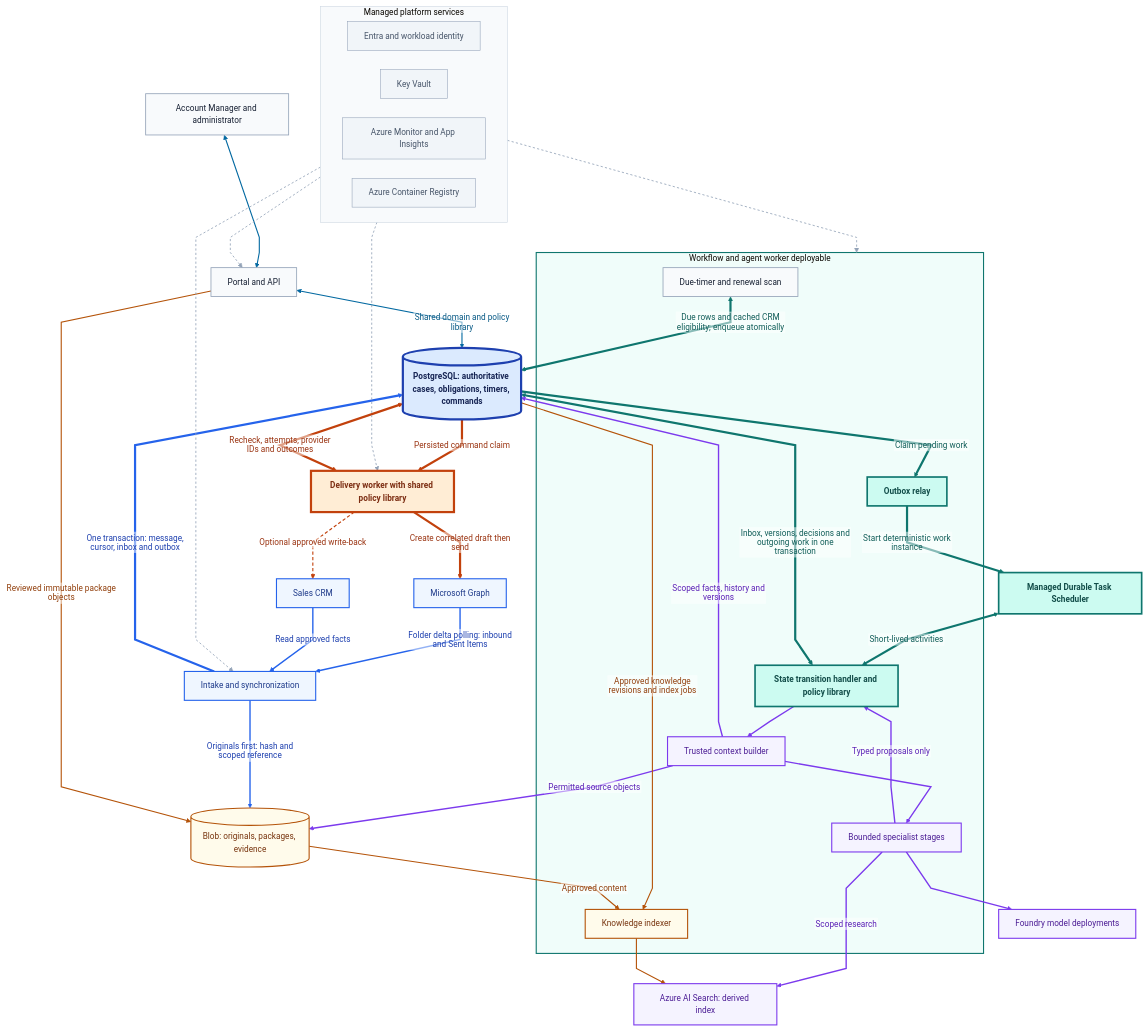
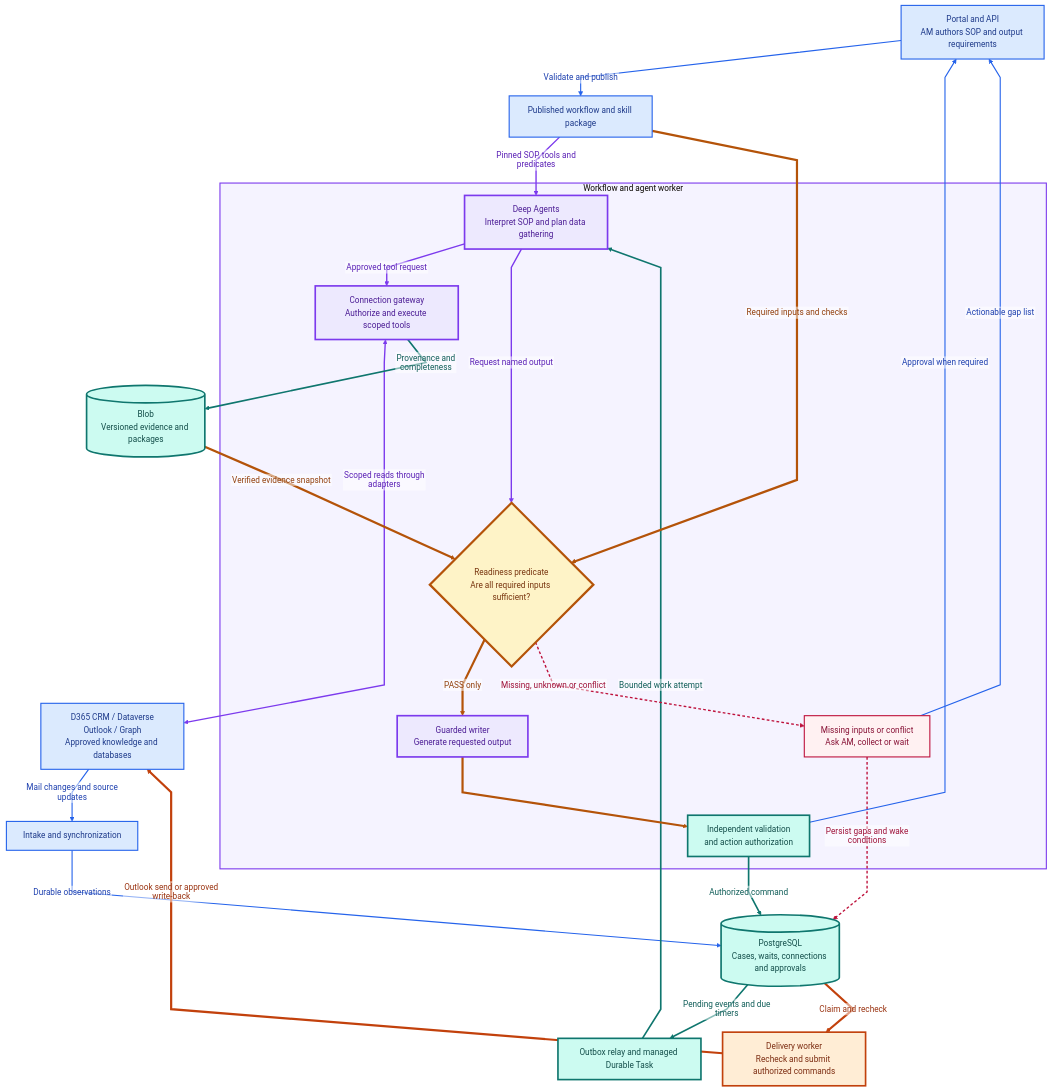
The first of 3 diagrams in openspec/changes/establish-aam-platform/design.md (realAaronWu/aam), drawn with Mermaid before and after one commit. The commit also changed other lines of this file and 14 other files, not shown here.

Commit message:
Design dynamic SOP agents, scoped connections and readiness gates

````diff
--- a/openspec/changes/establish-aam-platform/design.md
+++ b/openspec/changes/establish-aam-platform/design.md
@@ -17,84 +17,62 @@
 ```mermaid
-%%{init: {"theme": "base", "themeVariables": {"fontFamily": "Arial, sans-serif", "fontSize": "15px", "primaryTextColor": "#172033", "lineColor": "#64748b", "edgeLabelBackground": "#ffffff"}, "flowchart": {"htmlLabels": false, "curve": "linear", "nodeSpacing": 35, "rankSpacing": 55}}}%%
+%%{init: {"theme": "base", "themeVariables": {"fontFamily": "Arial, sans-serif", "fontSize": "15px", "edgeLabelBackground": "#ffffff"}, "flowchart": {"htmlLabels": false, "curve": "linear", "nodeSpacing": 35, "rankSpacing": 45}}}%%
 flowchart TB
-  AM[Account Manager and administrator] <--> API[Portal and API]
-  MAIL[Microsoft Graph] -->|Folder delta polling: inbound and Sent Items| IN[Intake and synchronization]
-  CRM[Sales CRM] -->|Read approved facts| IN
-  IN -->|Originals first: hash and scoped reference| BLOB[(Blob: originals, packages, evidence)]
-  IN -->|One transaction: message, cursor, inbox and outbox| DB[(PostgreSQL: authoritative cases, obligations, timers, commands)]
-  API <-->|Shared domain and policy library| DB
-  API -->|Reviewed immutable package objects| BLOB
-  subgraph WORKERS[Workflow and agent worker deployable]
-    RELAY[Outbox relay]
-    SWEEP[Due-timer and renewal scan]
-    CORE[State transition handler and policy library]
-    CTX[Trusted context builder]
-    AI[Bounded specialist stages]
-    IDX[Knowledge indexer]
+  API[Portal and API<br/>AM authors SOP and output requirements]
+  PACKAGE[Published workflow and skill package]
+  INTAKE[Intake and synchronization]
+  SOURCES[D365 CRM / Dataverse<br/>Outlook / Graph<br/>Approved knowledge and databases]
+  DB[(PostgreSQL<br/>Cases, waits, connections and approvals)]
+  EXEC[Outbox relay and managed Durable Task]
+  BLOB[(Blob<br/>Versioned evidence and packages)]
+  subgraph WORKER[Workflow and agent worker]
+    AGENT[Deep Agents<br/>Interpret SOP and plan data gathering]
+    TOOLS[Connection gateway<br/>Authorize and execute scoped tools]
+    GATE{Readiness predicate<br/>Are all required inputs sufficient?}
+    WRITER[Guarded writer<br/>Generate requested output]
+    VALID[Independent validation<br/>and action authorization]
+    HOLD[Missing inputs or conflict<br/>Ask AM, collect or wait]
   end
-  DB -->|Claim pending work| RELAY
-  RELAY -->|Start deterministic work instance| DTS[Managed Durable Task Scheduler]
-  DTS <-->|Short-lived activities| CORE
-  SWEEP <-->|Due rows and cached CRM eligibility; enqueue atomically| DB
-  CORE <-->|Inbox, versions, decisions and outgoing work in one transaction| DB
-  CORE --> CTX
-  CTX -->|Scoped facts, history and versions| DB
-  CTX -->|Permitted source objects| BLOB
-  CTX --> AI
-  AI -->|Scoped research| SEARCH[Azure AI Search: derived index]
-  AI --> MODEL[Foundry model deployments]
-  AI -->|Typed proposals only| CORE
-  DB -->|Approved knowledge revisions and index jobs| IDX
-  BLOB -->|Approved content| IDX
-  IDX --> SEARCH
-  DB -->|Persisted command claim| OUT[Delivery worker with shared policy library]
-  OUT <-->|Recheck, attempts, provider IDs and outcomes| DB
-  OUT -->|Create correlated draft then send| MAIL
-  OUT -->|Optional approved write-back| CRM
-  subgraph PLATFORM[Managed platform services]
-    ENTRA[Entra and workload identity]
-    KV[Key Vault]
-    MON[Azure Monitor and App Insights]
-    ACR[Azure Container Registry]
-  end
-  PLATFORM -.-> API
-  PLATFORM -.-> IN
-  PLATFORM -.-> WORKERS
-  PLATFORM -.-> OUT
+  DELIVERY[Delivery worker<br/>Recheck and submit authorized commands]
+  API -->|Validate and publish| PACKAGE
+  PACKAGE -->|Pinned SOP, tools and predicates| AGENT
+  SOURCES -->|Mail changes and source updates| INTAKE
+  INTAKE -->|Durable observations| DB
+  DB -->|Pending events and due timers| EXEC
+  EXEC -->|Bounded work attempt| AGENT
+  AGENT -->|Approved tool request| TOOLS
+  TOOLS <-->|Scoped reads through adapters| SOURCES
+  TOOLS -->|Provenance and completeness| BLOB
+  AGENT -->|Request named output| GATE
+  BLOB -->|Verified evidence snapshot| GATE
+  PACKAGE -->|Required inputs and checks| GATE
+  GATE -->|PASS only| WRITER
+  GATE -->|Missing, unknown or conflict| HOLD
+  HOLD -->|Persist gaps and wake conditions| DB
+  HOLD -->|Actionable gap list| API
+  WRITER --> VALID
+  VALID -->|Approval when required| API
+  VALID -->|Authorized command| DB
+  DB -->|Claim and recheck| DELIVERY
+  DELIVERY -->|Outlook send or approved write-back| SOURCES
 
-  %% Core nodes have stronger borders; infrastructure remains visually secondary.
   classDef default fill:#f8fafc,stroke:#94a3b8,color:#172033,stroke-width:1.5px
-  classDef intake fill:#eff6ff,stroke:#2563eb,color:#1e3a8a,stroke-width:2px
-  classDef authority fill:#dbeafe,stroke:#1e40af,color:#172554,stroke-width:4px,font-weight:bold
-  classDef core fill:#ccfbf1,stroke:#0f766e,color:#134e4a,stroke-width:3px,font-weight:bold
-  classDef intelligence fill:#f5f3ff,stroke:#7c3aed,color:#4c1d95,stroke-width:2px
-  classDef evidence fill:#fffbeb,stroke:#b45309,color:#78350f,stroke-width:2px
-  classDef delivery fill:#ffedd5,stroke:#c2410c,color:#7c2d12,stroke-width:4px,font-weight:bold
-  classDef platform fill:#f1f5f9,stroke:#94a3b8,color:#475569,stroke-width:1px
-  class IN,MAIL,CRM intake
-  class DB authority
-  class RELAY,DTS,CORE core
-  class CTX,AI,SEARCH,MODEL intelligence
-  class BLOB,IDX evidence
-  class OUT delivery
-  class ENTRA,KV,MON,ACR platform
-  style WORKERS fill:#f0fdfa,stroke:#0f766e,stroke-width:2px,color:#134e4a
-  style PLATFORM fill:#f8fafc,stroke:#cbd5e1,stroke-width:1px,color:#475569
-
-  %% Link indexes follow the connection statements above; keep in sync when editing.
-  %% Sky: human/API interaction. Blue: intake and original persistence.
-  linkStyle 0,5 stroke:#0369a1,stroke-width:2px,color:#075985
-  linkStyle 1,2,3 stroke:#2563eb,stroke-width:2.5px,color:#1e40af
-  linkStyle 4 stroke:#2563eb,stroke-width:4px,color:#1e40af
-  %% Teal: critical durable execution and authoritative state transitions.
-  linkStyle 7,8,9,10,11 stroke:#0f766e,stroke-width:4px,color:#115e59
-  %% Violet: context, model calls, research and typed proposals.
-  linkStyle 12,13,14,15,16,17,18 stroke:#7c3aed,stroke-width:2.5px,color:#5b21b6
-  %% Amber: package/evidence storage and derived indexing.
-  linkStyle 6,19,20,21 stroke:#b45309,stroke-width:2px,color:#92400e
-  %% Orange: critical command claim, final recheck and external send.
-  linkStyle 22,23,24 stroke:#c2410c,stroke-width:4px,color:#9a3412
-  linkStyle 25 stroke:#c2410c,stroke-width:2px,stroke-dasharray:6 4,color:#9a3412
-  %% Slate: supporting platform dependencies, not business events.
-  linkStyle 26,27,28,29 stroke:#94a3b8,stroke-width:1.5px,stroke-dasharray:4 4,color:#475569
+  classDef control fill:#dbeafe,stroke:#2563eb,color:#1e3a8a,stroke-width:2px
+  classDef agent fill:#ede9fe,stroke:#7c3aed,color:#4c1d95,stroke-width:3px
+  classDef gate fill:#fef3c7,stroke:#b45309,color:#78350f,stroke-width:4px
+  classDef state fill:#ccfbf1,stroke:#0f766e,color:#134e4a,stroke-width:3px
+  classDef hold fill:#fff1f2,stroke:#be123c,color:#881337,stroke-width:2px
+  classDef delivery fill:#ffedd5,stroke:#c2410c,color:#7c2d12,stroke-width:3px
+  class API,PACKAGE,INTAKE,SOURCES control
+  class AGENT,TOOLS,WRITER agent
+  class GATE gate
+  class DB,EXEC,BLOB,VALID state
+  class HOLD hold
+  class DELIVERY delivery
+  style WORKER fill:#f5f3ff,stroke:#7c3aed,stroke-width:2px
+  linkStyle 0,2,3,15,17 stroke:#2563eb,stroke-width:2px,color:#1e40af
+  linkStyle 1,6,7,9 stroke:#7c3aed,stroke-width:2.5px,color:#5b21b6
+  linkStyle 4,5,8,18 stroke:#0f766e,stroke-width:3px,color:#115e59
+  linkStyle 10,11,12,16 stroke:#b45309,stroke-width:4px,color:#92400e
+  linkStyle 13,14 stroke:#be123c,stroke-width:2.5px,stroke-dasharray:5 4,color:#9f1239
+  linkStyle 19,20 stroke:#c2410c,stroke-width:4px,color:#9a3412
 ```
````
